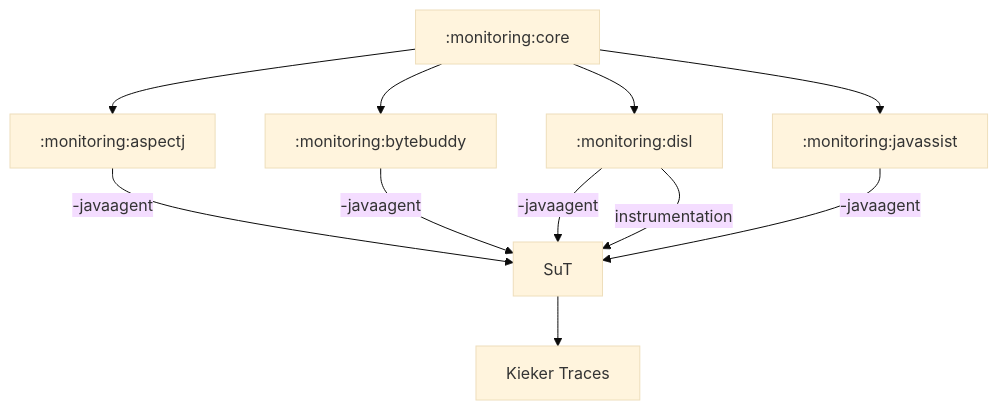
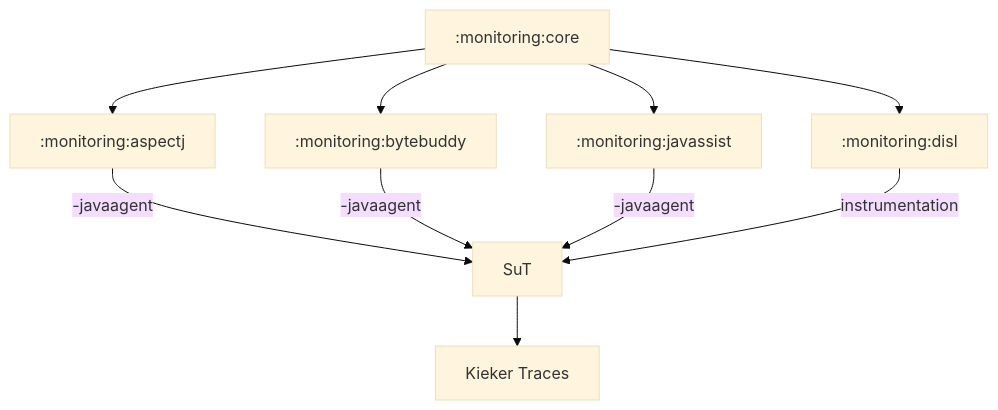
The diagram in monitoring/README.md (kieker-monitoring/kieker), drawn with Mermaid (base theme) before and after one commit.

Commit message:
Fix README: DiSL uses own instrumentation agent

````diff
--- a/monitoring/README.md
+++ b/monitoring/README.md
@@ -10,13 +10,12 @@
 ```mermaid
 graph TD;
 	:monitoring:core-->:monitoring:aspectj;
 	:monitoring:core-->:monitoring:bytebuddy;
 	:monitoring:core-->:monitoring:disl;
 	:monitoring:core-->:monitoring:javassist;
 	:monitoring:aspectj-- -javaagent -->SuT;
 	:monitoring:bytebuddy-- -javaagent -->SuT;
-	:monitoring:disl-- -javaagent -->SuT;
 	:monitoring:javassist-- -javaagent -->SuT;
 	:monitoring:disl-- instrumentation -->SuT;
 	SuT-->id1[Kieker Traces];
 ```
````
